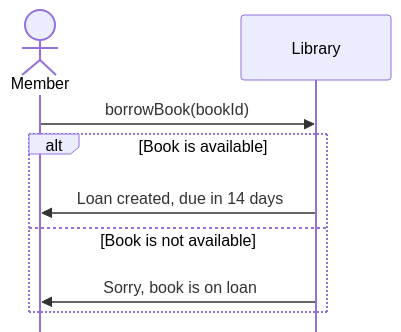
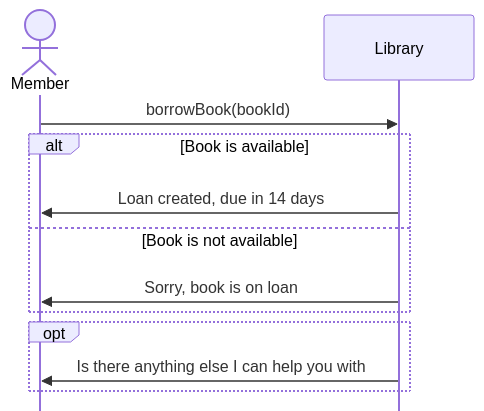
Before and after one commit to schaua/nh-design-26: the diagram in demos/05-uml-sequence-diagrams/concepts/alt-fragment.mmd, drawn with Mermaid. The commit also changed 3 other files, not shown here.

Commit message:
Add links to Mermaid and Visual Paradigm documentation

```diff
--- a/demos/05-uml-sequence-diagrams/concepts/alt-fragment.mmd
+++ b/demos/05-uml-sequence-diagrams/concepts/alt-fragment.mmd
@@ -1,11 +1,14 @@
 %%{init: {'sequence': {'mirrorActors': false}}}%%
 sequenceDiagram
     actor M as Member
     participant L as Library
 
     M->>L: borrowBook(bookId)
     alt Book is available
         L->>M: Loan created, due in 14 days
     else Book is not available
         L->>M: Sorry, book is on loan
     end
+    opt
+        L->>M: Is there anything else I can help you with
+    end
```
